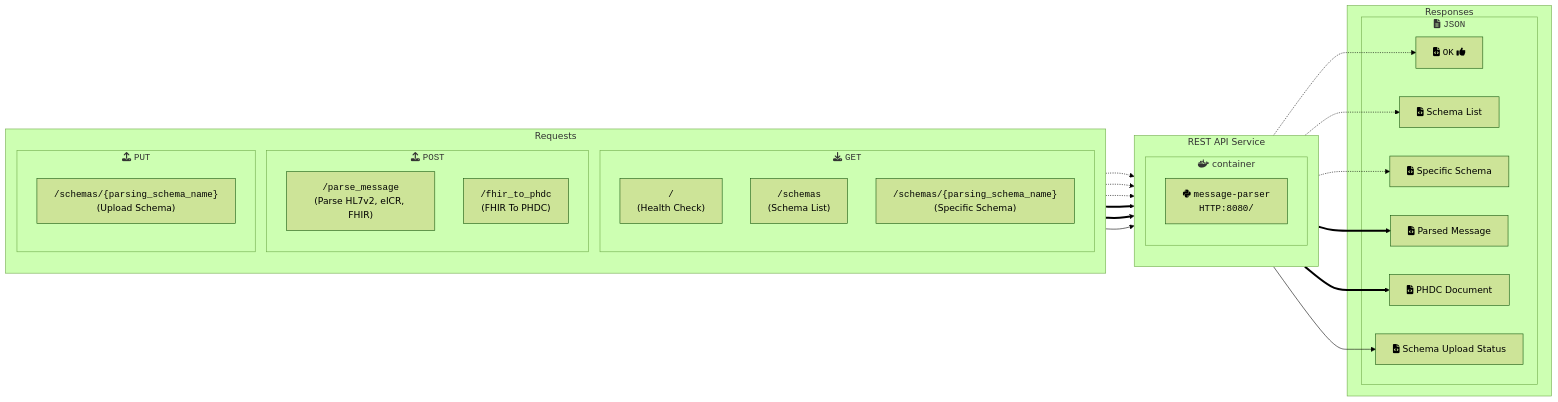
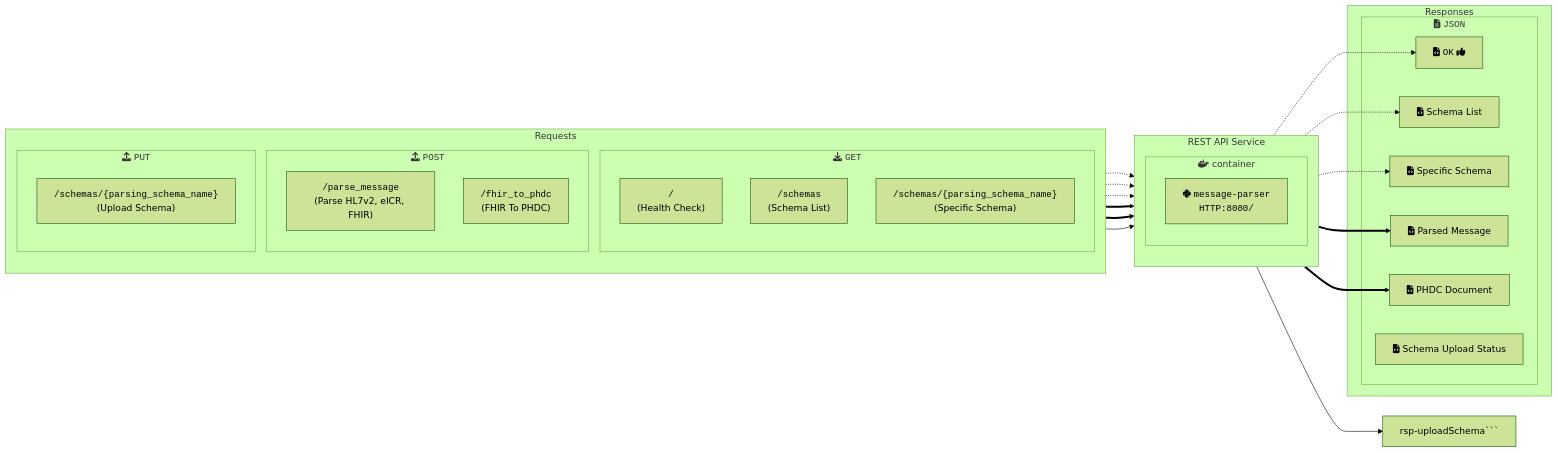
The diagram in containers/message-parser/README.md (CDCgov/phdi), drawn with Mermaid (forest theme) before and after one commit.

Commit message:
clean up formatting for mermaid chart

`````diff
--- a/containers/message-parser/README.md
+++ b/containers/message-parser/README.md
@@ -147,44 +147,46 @@
-```mermaid
+````mermaid
 flowchart LR
 
 subgraph requests["Requests"]
-direction TB
-subgraph GET["fas:fa-download <code>GET</code>"]
-hc["<code>/</code>\n(Health Check)"]
-schemas["<code>/schemas</code>\n(Schema List)"]
-specificSchema["<code>/schemas/{parsing_schema_name}</code>\n(Specific Schema)"]
-end
-subgraph POST["fas:fa-upload <code>POST</code>"]
-parseMessage["<code>/parse_message</code>\n(Parse HL7v2, eICR, FHIR)"]
-fhirToPhdc["<code>/fhir_to_phdc</code>\n(FHIR To PHDC)"]
-end
-subgraph PUT["fas:fa-upload <code>PUT</code>"]
-uploadSchema["<code>/schemas/{parsing_schema_name}</code>\n(Upload Schema)"]
-end
+    direction TB
+    subgraph GET["fas:fa-download <code>GET</code>"]
+        hc["<code>/</code>\n(Health Check)"]
+        schemas["<code>/schemas</code>\n(Schema List)"]
+        specificSchema["<code>/schemas/{parsing_schema_name}</code>\n(Specific Schema)"]
+    end
+
+    subgraph POST["fas:fa-upload <code>POST</code>"]
+        parseMessage["<code>/parse_message</code>\n(Parse HL7v2, eICR, FHIR)"]
+        fhirToPhdc["<code>/fhir_to_phdc</code>\n(FHIR To PHDC)"]
+    end
+
+    subgraph PUT["fas:fa-upload <code>PUT</code>"]
+        uploadSchema["<code>/schemas/{parsing_schema_name}</code>\n(Upload Schema)"]
+    end
 end
 
 subgraph service[REST API Service]
-direction TB
-subgraph container["fab:fa-docker container"]
-parser["fab:fa-python <code>message-parser<br>HTTP:8080/</code>"]
-end
+    direction TB
+    subgraph container["fab:fa-docker container"]
+    parser["fab:fa-python <code>message-parser<br>HTTP:8080/</code>"]
+    end
 end
 
 subgraph response["Responses"]
-subgraph JSON["fa:fa-file-alt <code>JSON</code>"]
-rsp-hc["fa:fa-file-code <code>OK</code> fa:fa-thumbs-up"]
-rsp-schemas["fa:fa-file-code Schema List"]
-rsp-specificSchema["fa:fa-file-code Specific Schema"]
-rsp-parseMessage["fa:fa-file-code Parsed Message"]
-rsp-fhirToPhdc["fa:fa-file-code PHDC Document"]
-rsp-uploadSchema["fa:fa-file-code Schema Upload Status"]
-end
+    subgraph JSON["fa:fa-file-alt <code>JSON</code>"]
+        rsp-hc["fa:fa-file-code <code>OK</code> fa:fa-thumbs-up"]
+        rsp-schemas["fa:fa-file-code Schema List"]
+        rsp-specificSchema["fa:fa-file-code Specific Schema"]
+        rsp-parseMessage["fa:fa-file-code Parsed Message"]
+        rsp-fhirToPhdc["fa:fa-file-code PHDC Document"]
+        rsp-uploadSchema["fa:fa-file-code Schema Upload Status"]
+    end
 end
 
 hc -.-> parser -.-> rsp-hc
 schemas -.-> parser -.-> rsp-schemas
 specificSchema -.-> parser -.-> rsp-specificSchema
 parseMessage ==> parser ==> rsp-parseMessage
 fhirToPhdc ==> parser ==> rsp-fhirToPhdc
-uploadSchema --> parser --> rsp-uploadSchema
-```
+uploadSchema --> parser --> rsp-uploadSchema```
+````
`````
